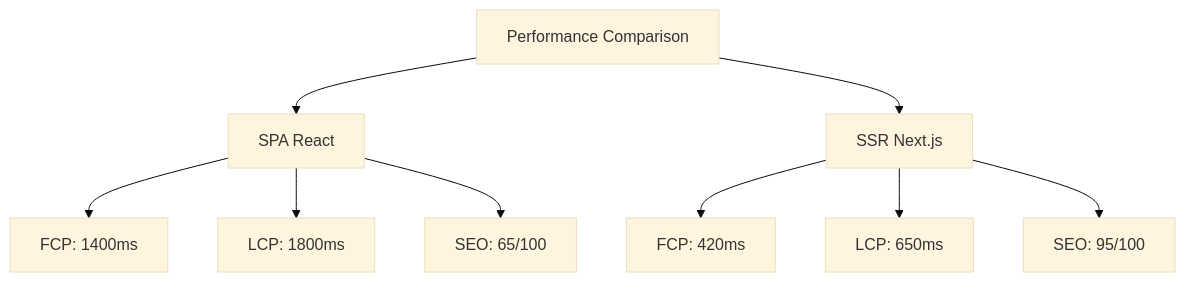
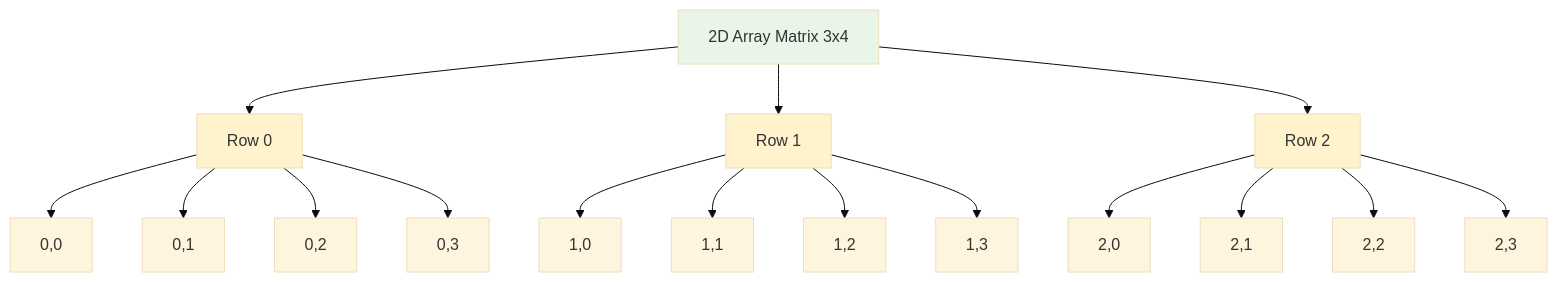
The third of 4 diagrams in src/content/soft-skills/dsa/bai-3.md (khieu-dv/vievlog), drawn with Mermaid (base theme) before and after one commit. The commit also changed other lines of this file and 19 other files, not shown here.

````diff
--- a/src/content/soft-skills/dsa/bai-3.md
+++ b/src/content/soft-skills/dsa/bai-3.md
@@ -364,13 +200,26 @@
 ```mermaid
 graph TB
-    A[Performance Comparison] --> B[SPA React]
-    A --> C[SSR Next.js]
+    A[2D Array Matrix 3x4] --> B[Row 0]
+    A --> C[Row 1]
+    A --> D[Row 2]
 
-    B --> B1[FCP: 1400ms]
-    B --> B2[LCP: 1800ms]
-    B --> B3[SEO: 65/100]
+    B --> E[0,0]
+    B --> F[0,1]
+    B --> G[0,2]
+    B --> H[0,3]
 
-    C --> C1[FCP: 420ms]
-    C --> C2[LCP: 650ms]
-    C --> C3[SEO: 95/100]
+    C --> I[1,0]
+    C --> J[1,1]
+    C --> K[1,2]
+    C --> L[1,3]
+
+    D --> M[2,0]
+    D --> N[2,1]
+    D --> O[2,2]
+    D --> P[2,3]
+
+    style A fill:#e8f5e8
+    style B fill:#fff3cd
+    style C fill:#fff3cd
+    style D fill:#fff3cd
 ```
````
